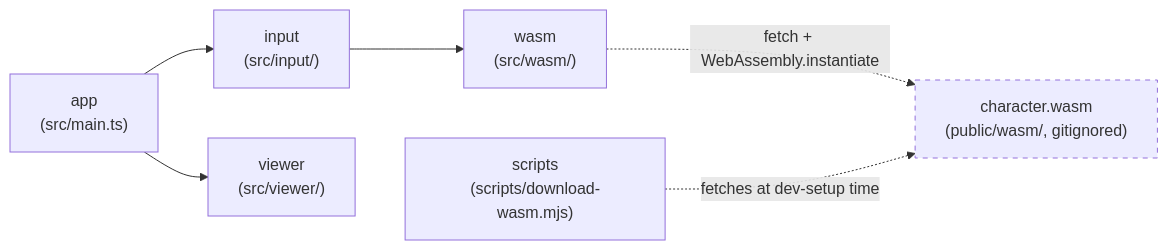
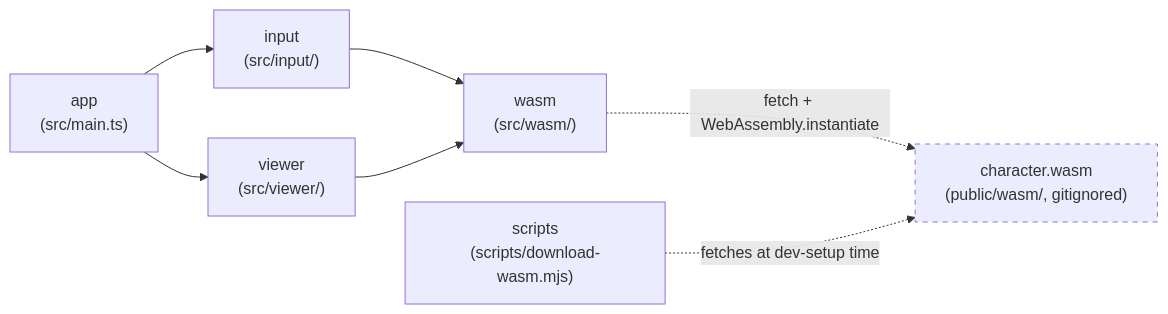
The diagram in docs/architecture.md (openkakutou/character-viewer-web), drawn with Mermaid before and after one commit. The commit also changed other lines of this file and 26 other files, not shown here.

````diff
--- a/docs/architecture.md
+++ b/docs/architecture.md
@@ -13,10 +13,11 @@
 ```mermaid
 flowchart LR
     app["app\n(src/main.ts)"] --> input["input\n(src/input/)"]
     app --> viewer["viewer\n(src/viewer/)"]
     input --> wasm["wasm\n(src/wasm/)"]
+    viewer --> wasm
     wasm -.->|fetch + WebAssembly.instantiate| module["character.wasm\n(public/wasm/, gitignored)"]
     scripts["scripts\n(scripts/download-wasm.mjs)"] -.->|fetches at dev-setup time| module
 
     style module stroke-dasharray: 5 5
 ```
````
